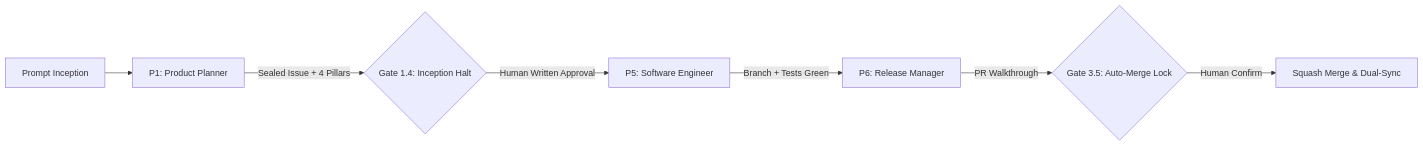
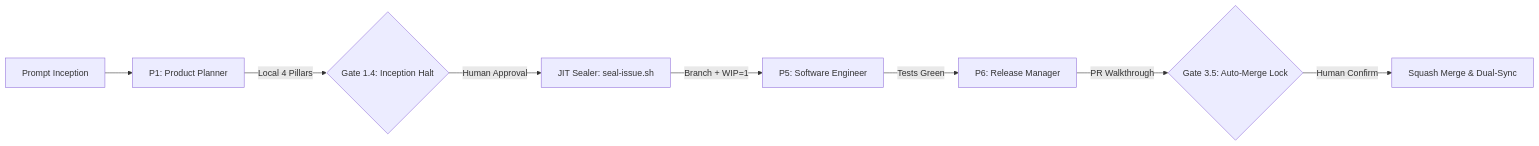
One commit to nicolasvd/agentic-android-delivery-kernel changed the diagram in AGENTS.md. Above: the diagram before and after it, drawn with Mermaid. The commit also changed other lines of this file and 22 other files, not shown here.

````diff
--- a/AGENTS.md
+++ b/AGENTS.md
@@ -20,9 +20,10 @@
 ```mermaid
 flowchart LR
     A[Prompt Inception] --> P1[P1: Product Planner]
-    P1 -->|Sealed Issue + 4 Pillars| G14{Gate 1.4: Inception Halt}
-    G14 -->|Human Written Approval| P5[P5: Software Engineer]
-    P5 -->|Branch + Tests Green| P6[P6: Release Manager]
+    P1 -->|Local 4 Pillars| G14{Gate 1.4: Inception Halt}
+    G14 -->|Human Approval| Seal[JIT Sealer: seal-issue.sh]
+    Seal -->|Branch + WIP=1| P5[P5: Software Engineer]
+    P5 -->|Tests Green| P6[P6: Release Manager]
     P6 -->|PR Walkthrough| G35{Gate 3.5: Auto-Merge Lock}
     G35 -->|Human Confirm| Main[Squash Merge & Dual-Sync]
 ```
````
